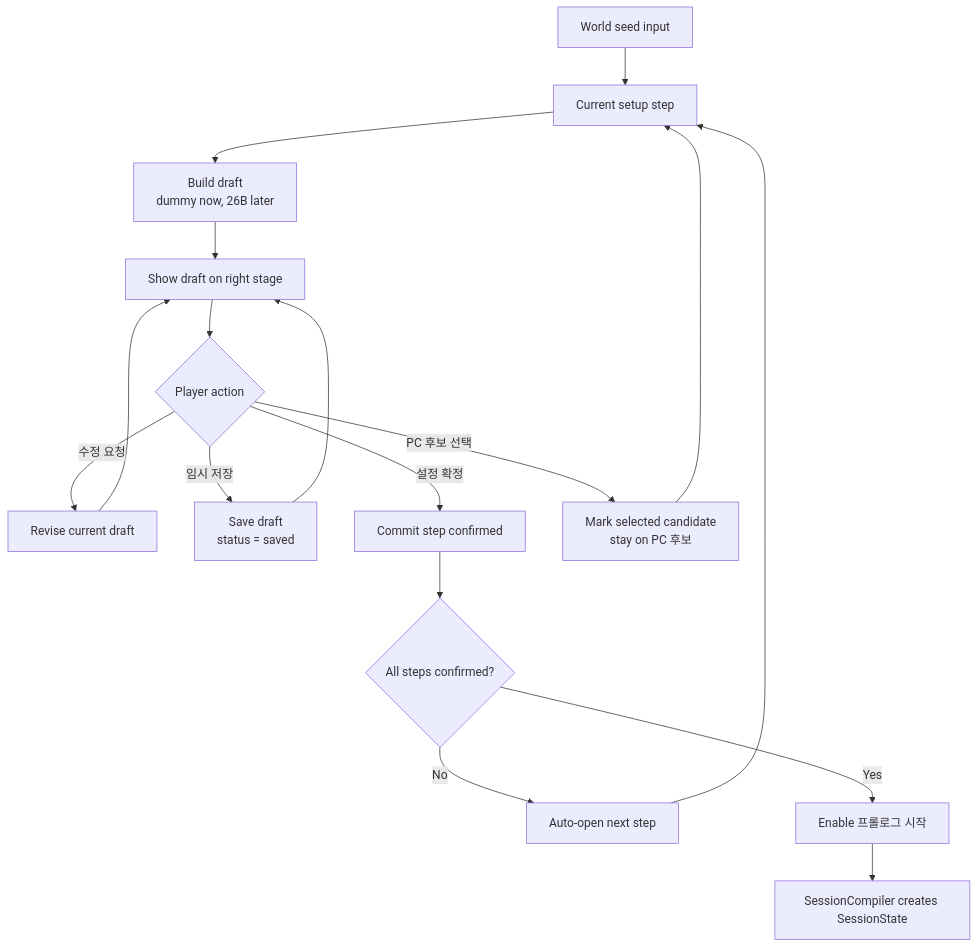
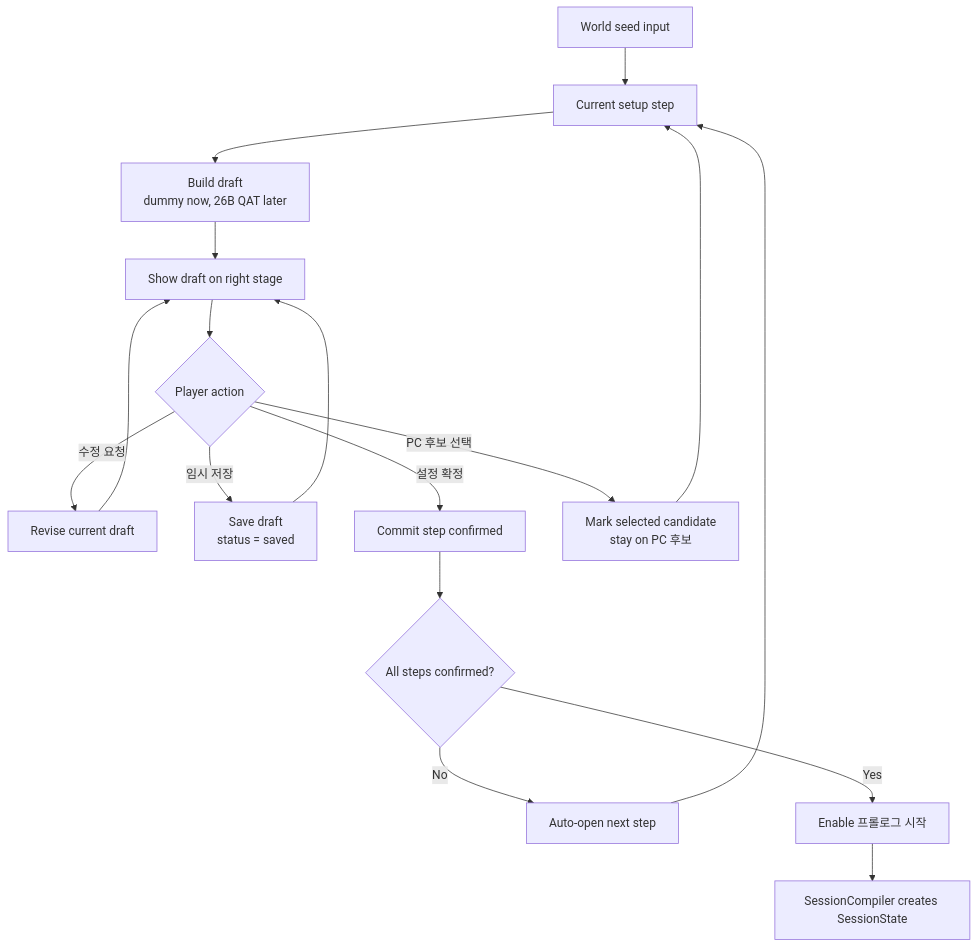
Before and after one commit to winterrainlee/winterrain_trpg: the second of 4 diagrams in design/winterrain-rp-module-architecture-design.md, drawn with Mermaid. The commit also changed other lines of this file and 4 other files, not shown here.

````diff
--- a/design/winterrain-rp-module-architecture-design.md
+++ b/design/winterrain-rp-module-architecture-design.md
@@ -458,19 +580,19 @@
 ```mermaid
 flowchart TD
   A["World seed input"] --> B["Current setup step"]
-  B --> C["Build draft<br/>dummy now, 26B later"]
+  B --> C["Build draft<br/>dummy now, 26B QAT later"]
   C --> D["Show draft on right stage"]
   D --> E{"Player action"}
   E -->|"수정 요청"| F["Revise current draft"]
   F --> D
   E -->|"임시 저장"| G["Save draft<br/>status = saved"]
   G --> D
   E -->|"설정 확정"| H["Commit step confirmed"]
   E -->|"PC 후보 선택"| P["Mark selected candidate<br/>stay on PC 후보"]
   P --> B
   H --> I{"All steps confirmed?"}
   I -->|No| J["Auto-open next step"]
   J --> B
   I -->|Yes| K["Enable 프롤로그 시작"]
   K --> L["SessionCompiler creates SessionState"]
 ```
````
